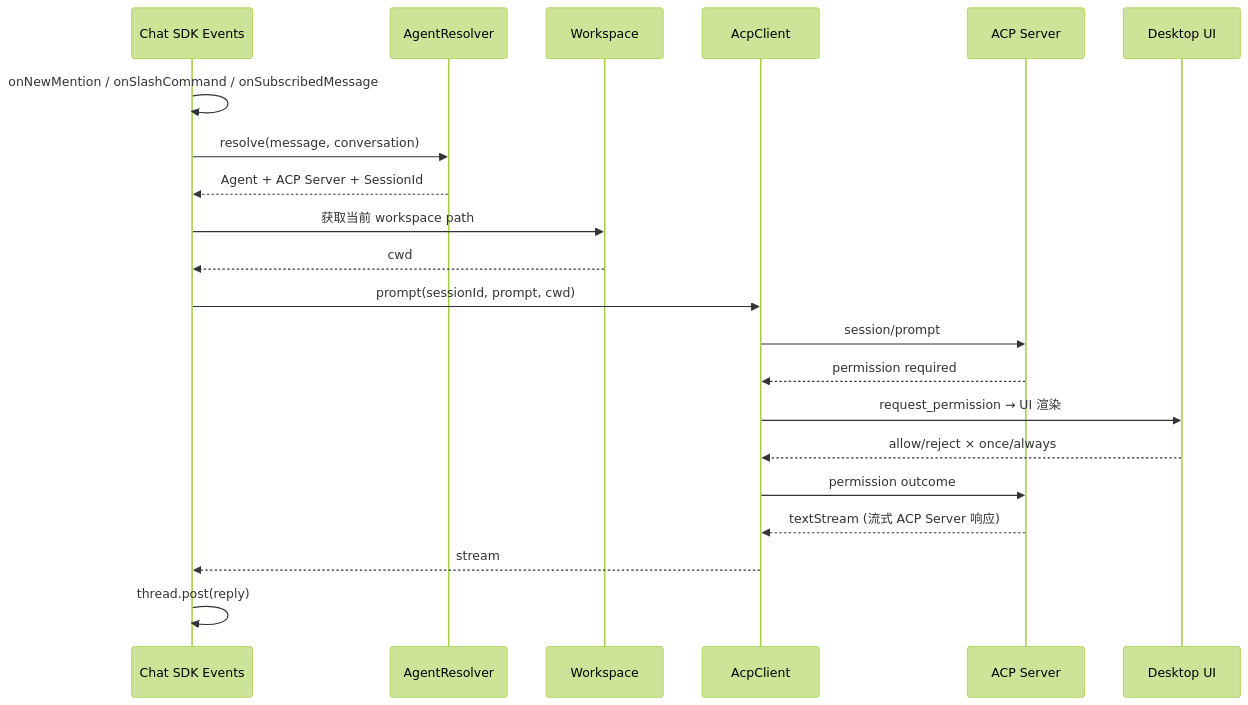
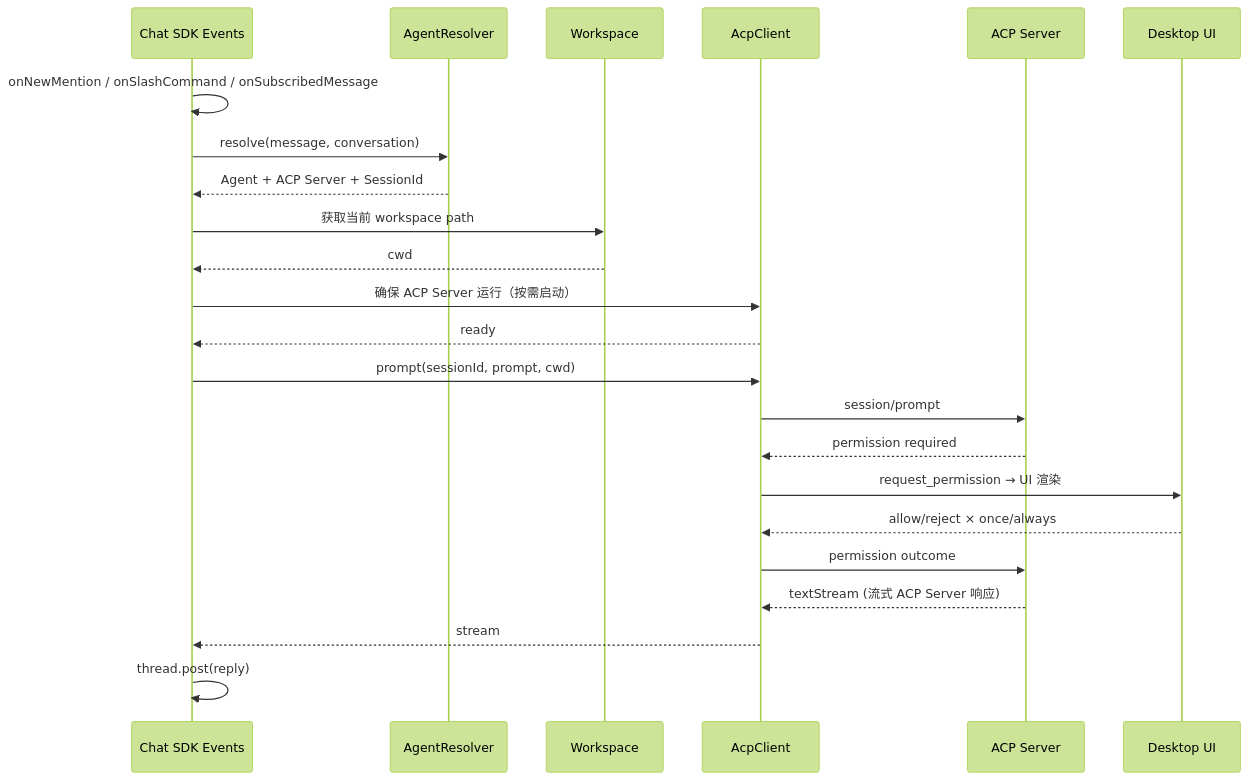
One commit to zhuxining/agentlink changed the first of 3 diagrams in docs/architecture.md. Above: the diagram before and after it, drawn with Mermaid (forest theme). The commit also changed other lines of this file and 1 other file, not shown here.

````diff
--- a/docs/architecture.md
+++ b/docs/architecture.md
@@ -198,24 +201,26 @@
 ```mermaid
 sequenceDiagram
     participant SDK as Chat SDK Events
     participant AR as AgentResolver
     participant WS as Workspace
     participant ACP as AcpClient
     participant AS as ACP Server
     participant UI as Desktop UI
 
     SDK->>SDK: onNewMention / onSlashCommand / onSubscribedMessage
     SDK->>AR: resolve(message, conversation)
     AR-->>SDK: Agent + ACP Server + SessionId
     SDK->>WS: 获取当前 workspace path
     WS-->>SDK: cwd
+    SDK->>ACP: 确保 ACP Server 运行（按需启动）
+    ACP-->>SDK: ready
     SDK->>ACP: prompt(sessionId, prompt, cwd)
     ACP->>AS: session/prompt
     AS-->>ACP: permission required
     ACP->>UI: request_permission → UI 渲染
     UI-->>ACP: allow/reject × once/always
     ACP->>AS: permission outcome
     AS-->>ACP: textStream (流式 ACP Server 响应)
     ACP-->>SDK: stream
     SDK->>SDK: thread.post(reply)
 ```
````
